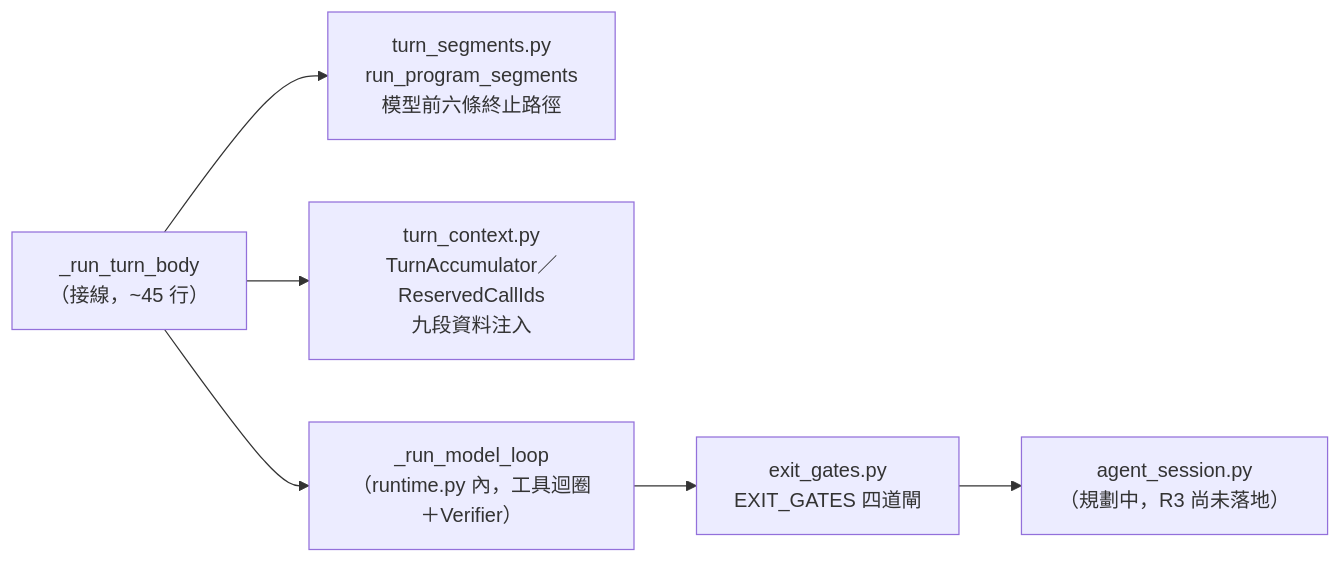
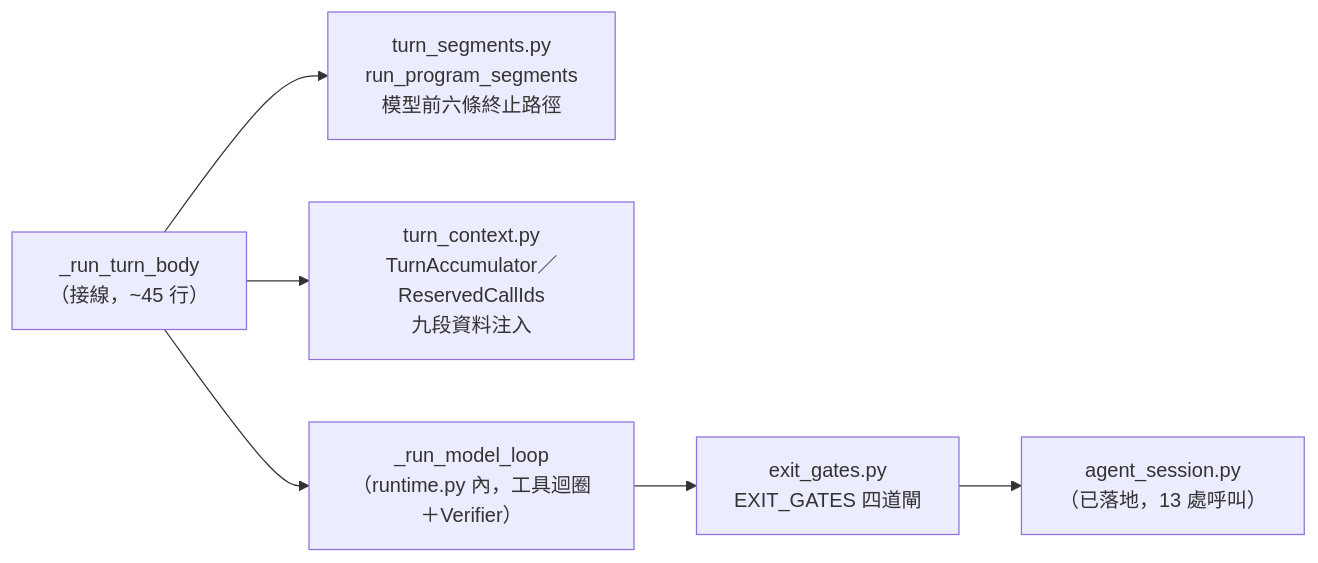
The second of 3 diagrams in docs/architecture/AGENTIC_MCP_ARCHITECTURE.md (JGBlenny/AIChatbot), drawn with Mermaid before and after one commit. The commit also changed other lines of this file and 9 other files, not shown here.

````diff
--- a/docs/architecture/AGENTIC_MCP_ARCHITECTURE.md
+++ b/docs/architecture/AGENTIC_MCP_ARCHITECTURE.md
@@ -94,8 +94,8 @@
 ```mermaid
 flowchart LR
   RTB["_run_turn_body\n（接線，~45 行）"] --> TS["turn_segments.py\nrun_program_segments\n模型前六條終止路徑"]
   RTB --> TC["turn_context.py\nTurnAccumulator／ReservedCallIds\n九段資料注入"]
   RTB --> ML["_run_model_loop\n（runtime.py 內，工具迴圈＋Verifier）"]
   ML --> EG["exit_gates.py\nEXIT_GATES 四道閘"]
-  EG --> AS["agent_session.py\n（規劃中，R3 尚未落地）"]
+  EG --> AS["agent_session.py\n（已落地，13 處呼叫）"]
 ```
````
